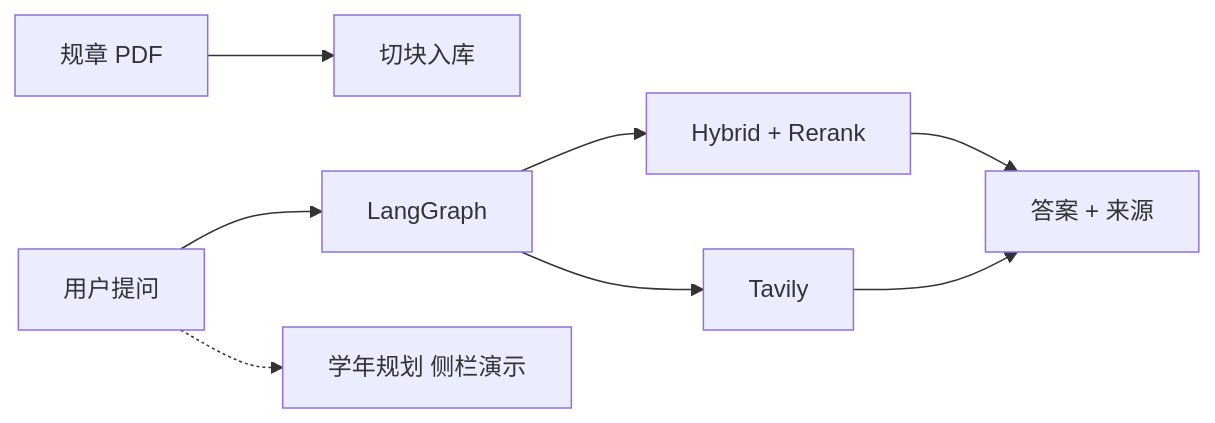
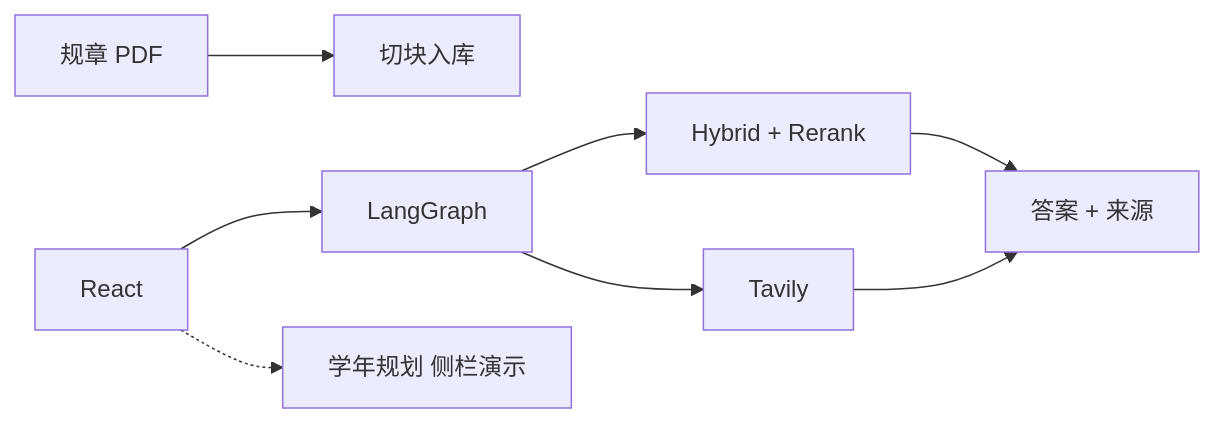
Before and after one commit to Fisho-w-o/Campus-Policy-Agent: the diagram in README.md, drawn with Mermaid. The commit also changed other lines of this file, not shown here.

Commit message:
docs: refresh README demos for the React product UI

````diff
--- a/README.md
+++ b/README.md
@@ -43,10 +43,10 @@
 ```mermaid
 flowchart LR
   PDF[规章 PDF] --> Chroma[切块入库]
-  Q[用户提问] --> Agent[LangGraph]
+  UI[React] --> Agent[LangGraph]
   Agent --> KB[Hybrid + Rerank]
   Agent --> Web[Tavily]
   KB --> SSE[答案 + 来源]
   Web --> SSE
-  Q -.-> Plan[学年规划 侧栏演示]
+  UI -.-> Plan[学年规划 侧栏演示]
 ```
````
